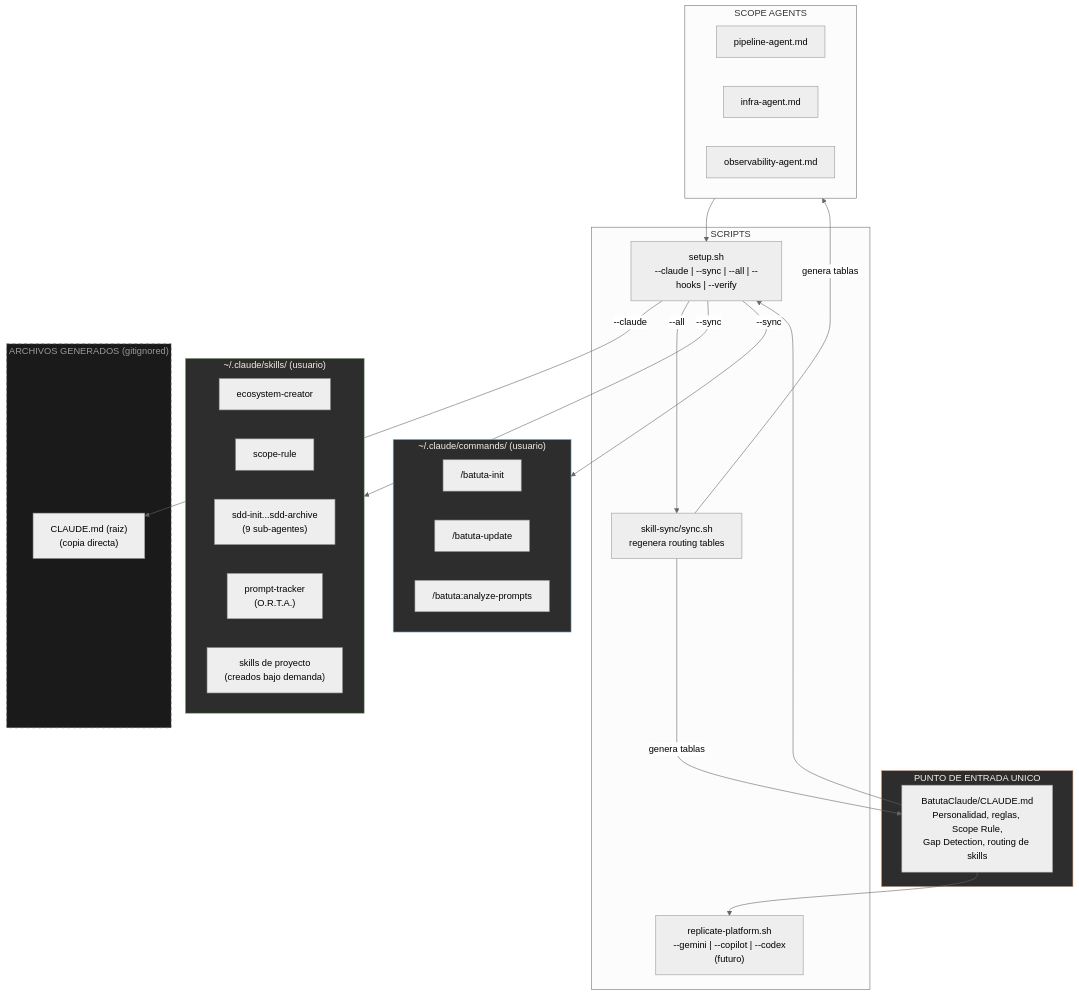
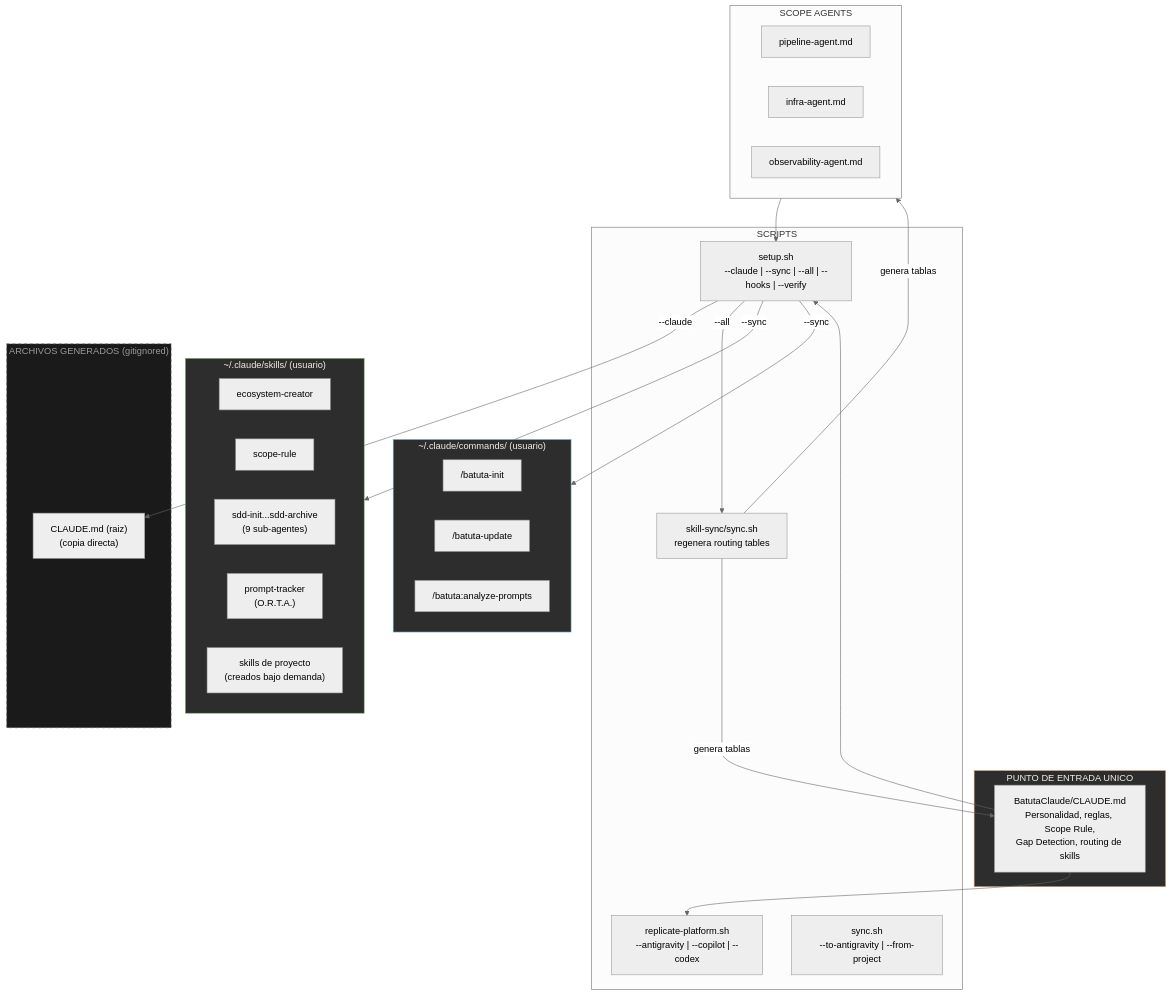
Before and after one commit to jota-batuta/batuta-dots: the first of 24 diagrams in docs/architecture/arquitectura-diagrama.md, drawn with Mermaid (neutral theme). The commit also changed other lines of this file and 49 other files, not shown here.

First line of the commit message:
feat: v10.2 Multi-Platform Support — BatutaAntigravity + bidirectional sync

````diff
--- a/docs/architecture/arquitectura-diagrama.md
+++ b/docs/architecture/arquitectura-diagrama.md
@@ -5,51 +5,52 @@
 ```mermaid
 flowchart TB
     subgraph FUENTE["PUNTO DE ENTRADA UNICO"]
         CLAUDE_SRC["BatutaClaude/CLAUDE.md<br/>Personalidad, reglas, Scope Rule,<br/>Gap Detection, routing de skills"]
     end
 
     subgraph AGENTS_SRC["SCOPE AGENTS"]
         AG_PIPELINE["pipeline-agent.md"]
         AG_INFRA["infra-agent.md"]
         AG_OBS["observability-agent.md"]
     end
 
     subgraph SETUP["SCRIPTS"]
         SETUP_SH["setup.sh<br/>--claude | --sync | --all | --hooks | --verify"]
         SYNC_SH["skill-sync/sync.sh<br/>regenera routing tables"]
-        REPLICATE["replicate-platform.sh<br/>--gemini | --copilot | --codex<br/>(futuro)"]
+        REPLICATE["replicate-platform.sh<br/>--antigravity | --copilot | --codex"]
+        SYNC_BI["sync.sh<br/>--to-antigravity | --from-project"]
     end
 
     subgraph GENERADO["ARCHIVOS GENERADOS (gitignored)"]
         CLAUDE_GEN["CLAUDE.md (raiz)<br/>(copia directa)"]
     end
 
     subgraph SKILLS_LOCAL["~/.claude/skills/ (usuario)"]
         SK_ECO["ecosystem-creator"]
         SK_SCOPE["scope-rule"]
         SK_SDD["sdd-init...sdd-archive<br/>(9 sub-agentes)"]
         SK_PROMPT["prompt-tracker<br/>(O.R.T.A.)"]
         SK_PROJECT["skills de proyecto<br/>(creados bajo demanda)"]
     end
 
     subgraph COMMANDS_LOCAL["~/.claude/commands/ (usuario)"]
         CMD_INIT["/batuta-init"]
         CMD_UPDATE["/batuta-update"]
         CMD_ANALYZE["/batuta:analyze-prompts"]
     end
 
     CLAUDE_SRC --> SETUP_SH
     AGENTS_SRC --> SETUP_SH
     SETUP_SH -->|"--claude"| CLAUDE_GEN
     SETUP_SH -->|"--sync"| SKILLS_LOCAL
     SETUP_SH -->|"--sync"| COMMANDS_LOCAL
     SETUP_SH -->|"--all"| SYNC_SH
     SYNC_SH -->|"genera tablas"| CLAUDE_SRC
     SYNC_SH -->|"genera tablas"| AGENTS_SRC
     CLAUDE_SRC --> REPLICATE
 
     style FUENTE fill:#2d2d2d,stroke:#D4956A,color:#F5EDE4
     style GENERADO fill:#1a1a1a,stroke:#666,color:#999,stroke-dasharray: 5 5
     style SKILLS_LOCAL fill:#2d2d2d,stroke:#8BB87A,color:#F5EDE4
     style COMMANDS_LOCAL fill:#2d2d2d,stroke:#7AAFC4,color:#F5EDE4
 ```
````
